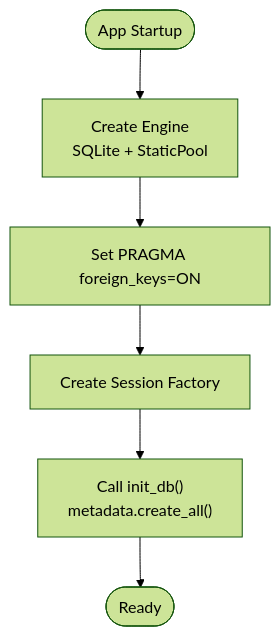
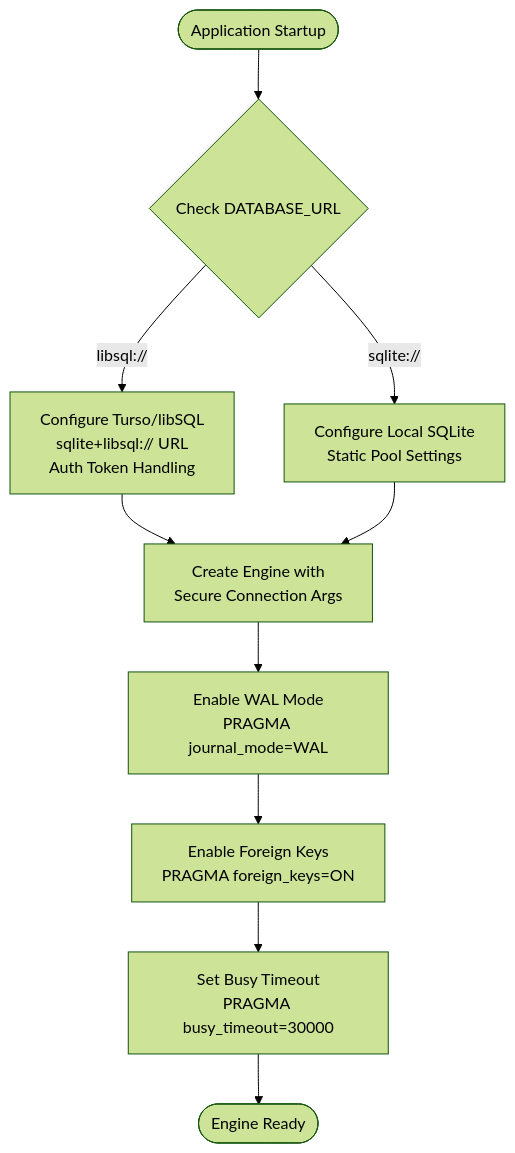
The third of 6 diagrams in .qoder/repowiki/en/content/Database Configuration.md (bikinaplikasipakeqoder-dot/payroll-hris), drawn with Mermaid (forest theme) before and after one commit. The commit also changed other lines of this file and 22 other files, not shown here.

````diff
--- a/.qoder/repowiki/en/content/Database Configuration.md
+++ b/.qoder/repowiki/en/content/Database Configuration.md
@@ -134,8 +171,12 @@
 ```mermaid
 flowchart TD
-Start(["App Startup"]) --> CreateEngine["Create Engine<br/>SQLite + StaticPool"]
-CreateEngine --> EnableFK["Set PRAGMA foreign_keys=ON"]
-EnableFK --> CreateSession["Create Session Factory"]
-CreateSession --> InitDB["Call init_db()<br/>metadata.create_all()"]
-InitDB --> Ready(["Ready"])
+START(["Application Startup"]) --> URL_CHECK{"Check DATABASE_URL"}
+URL_CHECK --> |libsql://| TURSO_CONFIG["Configure Turso/libSQL<br/>sqlite+libsql:// URL<br/>Auth Token Handling"]
+URL_CHECK --> |sqlite://| SQLITE_CONFIG["Configure Local SQLite<br/>Static Pool Settings"]
+TURSO_CONFIG --> CREATE_ENGINE["Create Engine with<br/>Secure Connection Args"]
+SQLITE_CONFIG --> CREATE_ENGINE
+CREATE_ENGINE --> WAL_SETUP["Enable WAL Mode<br/>PRAGMA journal_mode=WAL"]
+WAL_SETUP --> FK_ENFORCE["Enable Foreign Keys<br/>PRAGMA foreign_keys=ON"]
+FK_ENFORCE --> BUSY_TIMEOUT["Set Busy Timeout<br/>PRAGMA busy_timeout=30000"]
+BUSY_TIMEOUT --> READY(["Engine Ready"])
 ```
````
